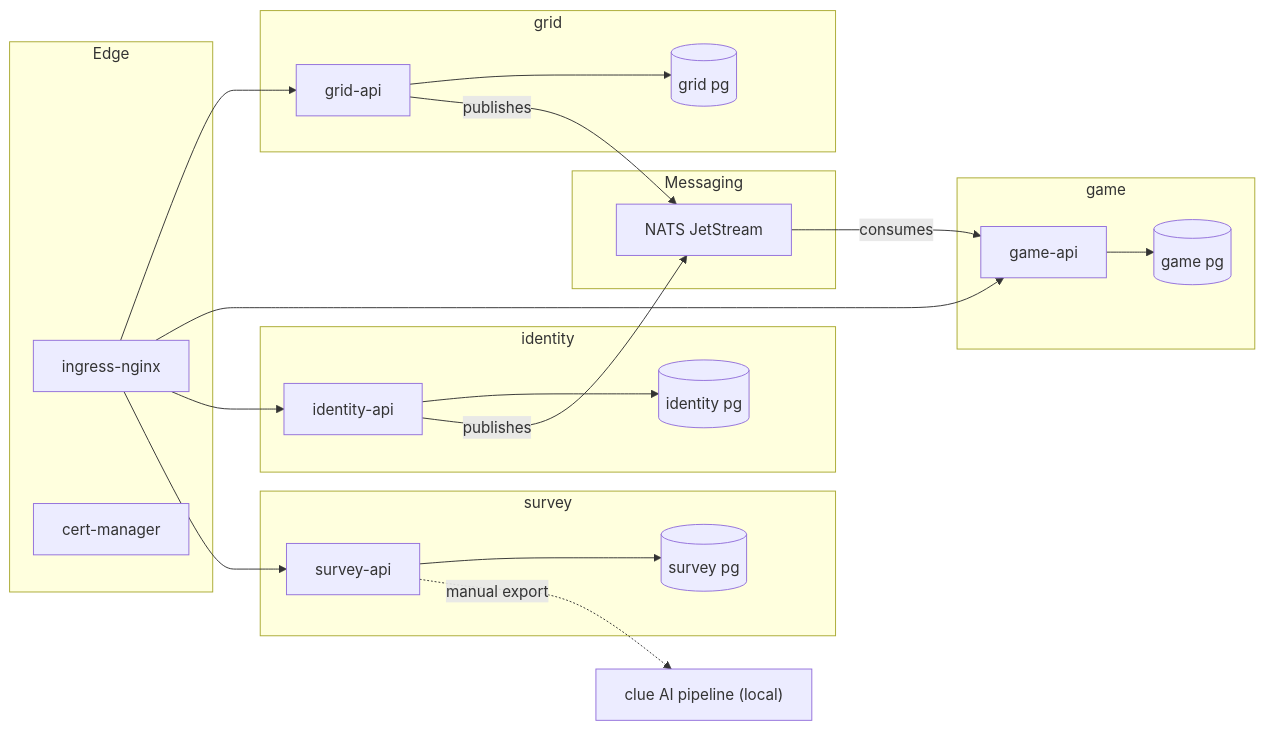
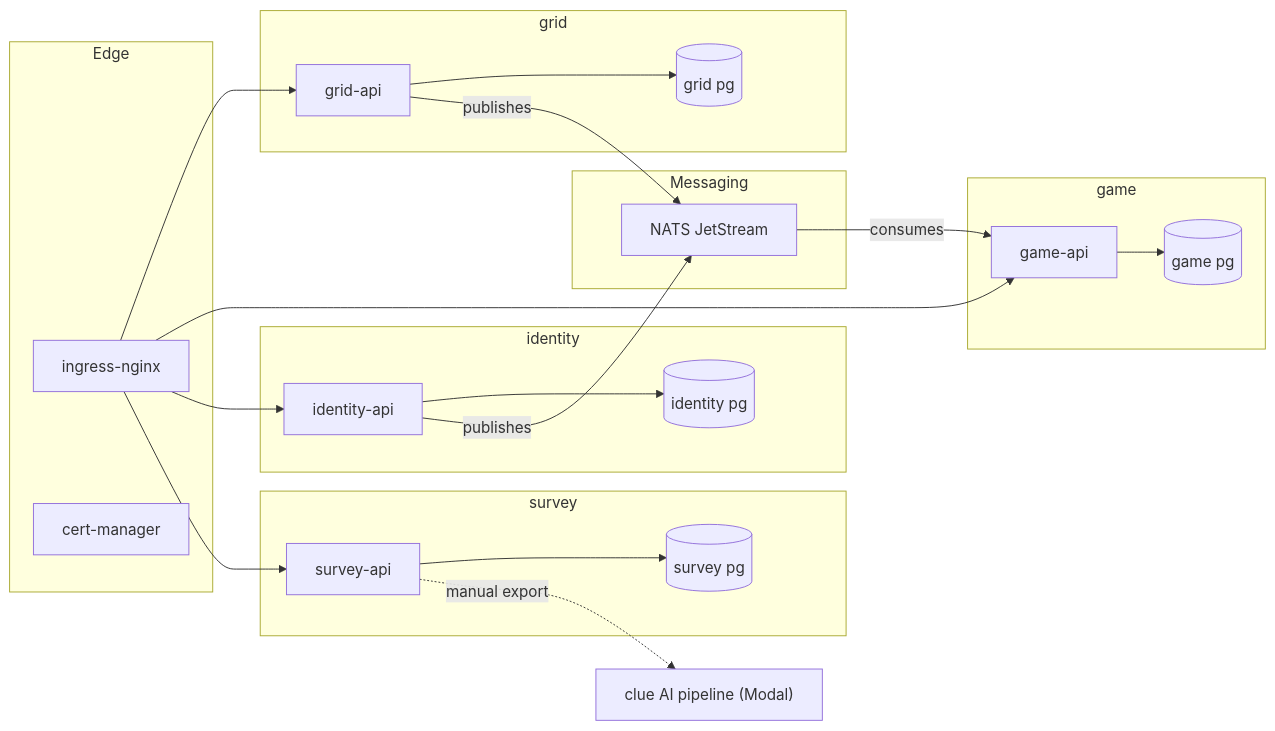
One commit to Ishou/wordsparrow changed the first of 5 diagrams in README.md. Above: the diagram before and after it, drawn with Mermaid. The commit also changed other lines of this file and 4 other files, not shown here.

First line of the commit message:
feat(infra-diagrams): redraw clue pipeline as the modal round-based judge loop

````diff
--- a/README.md
+++ b/README.md
@@ -60,39 +60,39 @@
 ```mermaid
 flowchart LR
   subgraph Edge
     ingress["ingress-nginx"]
     certmanager["cert-manager"]
   end
   subgraph Messaging
     nats["NATS JetStream"]
   end
   subgraph ctx_grid["grid"]
     grid["grid-api"]
     gridDB[("grid pg")]
     grid --> gridDB
   end
   subgraph ctx_game["game"]
     game["game-api"]
     gameDB[("game pg")]
     game --> gameDB
   end
   subgraph ctx_identity["identity"]
     identity["identity-api"]
     identityDB[("identity pg")]
     identity --> identityDB
   end
   subgraph ctx_survey["survey"]
     survey["survey-api"]
     surveyDB[("survey pg")]
     survey --> surveyDB
   end
-  cluepipeline["clue AI pipeline (local)"]
+  cluepipeline["clue AI pipeline (Modal)"]
   ingress --> grid
   ingress --> game
   ingress --> identity
   ingress --> survey
   grid -->|publishes| nats
   identity -->|publishes| nats
   nats -->|consumes| game
   survey -. manual export .-> cluepipeline
 ```
````
